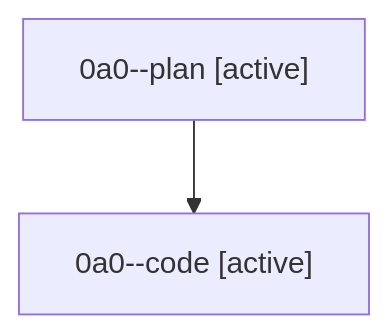
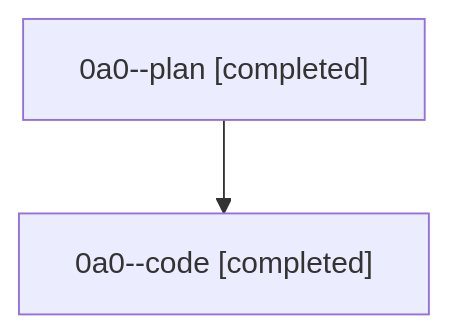
One commit to sase-org/sase--agents changed the diagram in families/bbugyi200.athena.0a0.md. Above: the diagram before and after it, drawn with Mermaid. The commit also changed other lines of this file and 128 other files, not shown here.

````diff
--- a/families/bbugyi200.athena.0a0.md
+++ b/families/bbugyi200.athena.0a0.md
@@ -9,6 +9,6 @@
 ```mermaid
 flowchart TD
-  n0["0a0--plan [active]"]
-  n1["0a0--code [active]"]
+  n0["0a0--plan [completed]"]
+  n1["0a0--code [completed]"]
   n0 --> n1
 ```
````
